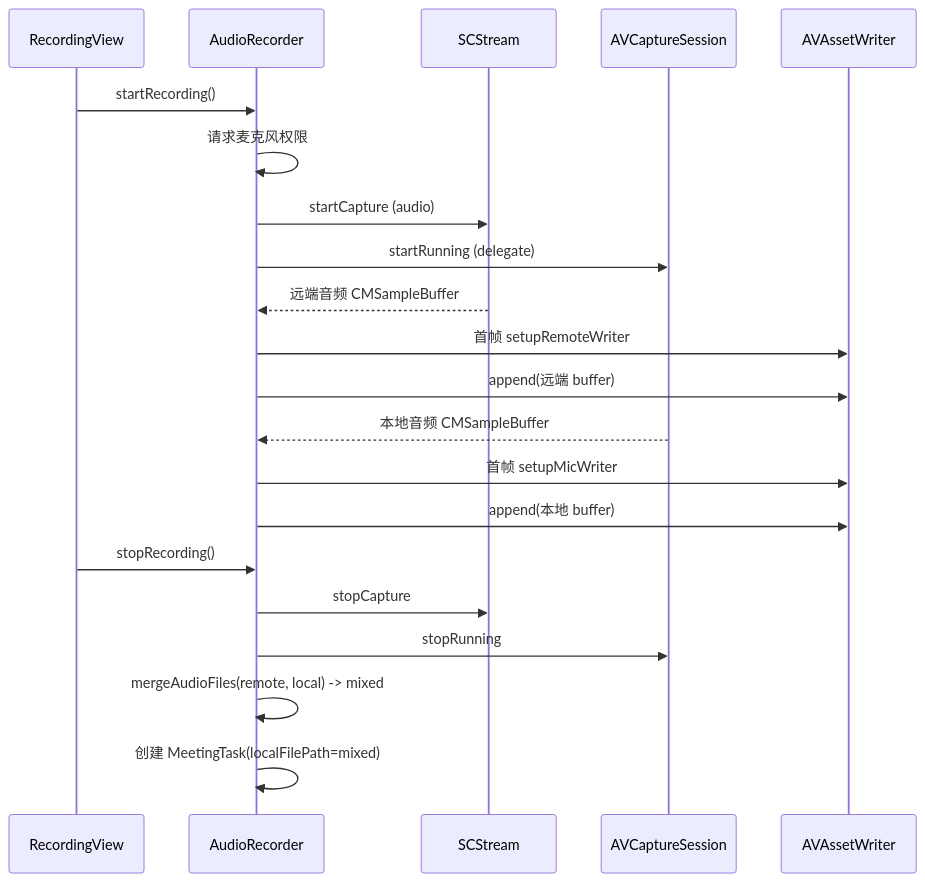
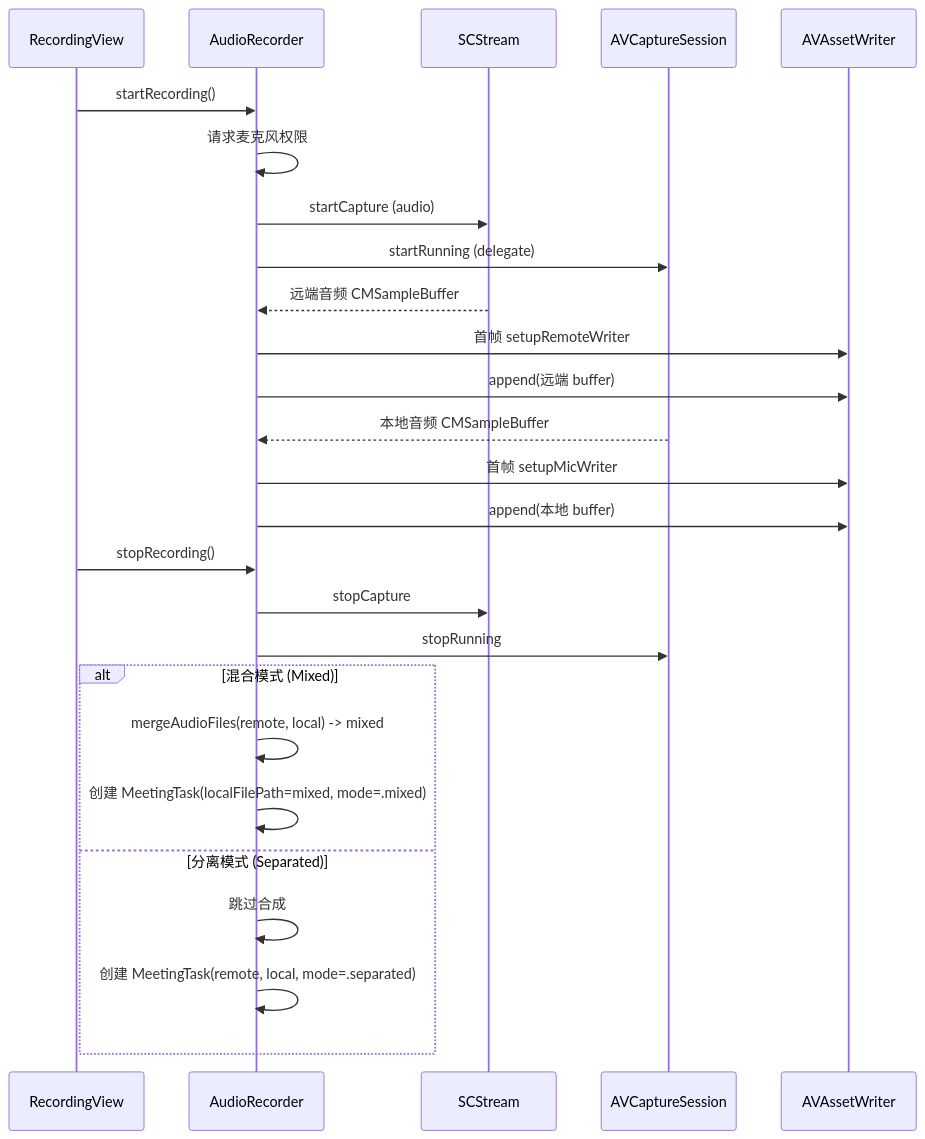
The diagram in doc/02-audio-capture-and-merge.zh-CN.md (MasamiYui/wechat-voice-ai-recorder), drawn with Mermaid before and after one commit. The commit also changed other lines of this file and 9 other files, not shown here.

````diff
--- a/doc/02-audio-capture-and-merge.zh-CN.md
+++ b/doc/02-audio-capture-and-merge.zh-CN.md
@@ -31,24 +39,30 @@
 ```mermaid
 sequenceDiagram
   participant UI as RecordingView
   participant AR as AudioRecorder
   participant SCK as SCStream
   participant AVC as AVCaptureSession
   participant AW as AVAssetWriter
 
   UI->>AR: startRecording()
   AR->>AR: 请求麦克风权限
   AR->>SCK: startCapture (audio)
   AR->>AVC: startRunning (delegate)
   SCK-->>AR: 远端音频 CMSampleBuffer
   AR->>AW: 首帧 setupRemoteWriter
   AR->>AW: append(远端 buffer)
   AVC-->>AR: 本地音频 CMSampleBuffer
   AR->>AW: 首帧 setupMicWriter
   AR->>AW: append(本地 buffer)
   UI->>AR: stopRecording()
   AR->>SCK: stopCapture
   AR->>AVC: stopRunning
-  AR->>AR: mergeAudioFiles(remote, local) -> mixed
-  AR->>AR: 创建 MeetingTask(localFilePath=mixed)
+  
+  alt 混合模式 (Mixed)
+    AR->>AR: mergeAudioFiles(remote, local) -> mixed
+    AR->>AR: 创建 MeetingTask(localFilePath=mixed, mode=.mixed)
+  else 分离模式 (Separated)
+    AR->>AR: 跳过合成
+    AR->>AR: 创建 MeetingTask(remote, local, mode=.separated)
+  end
 ```
````
